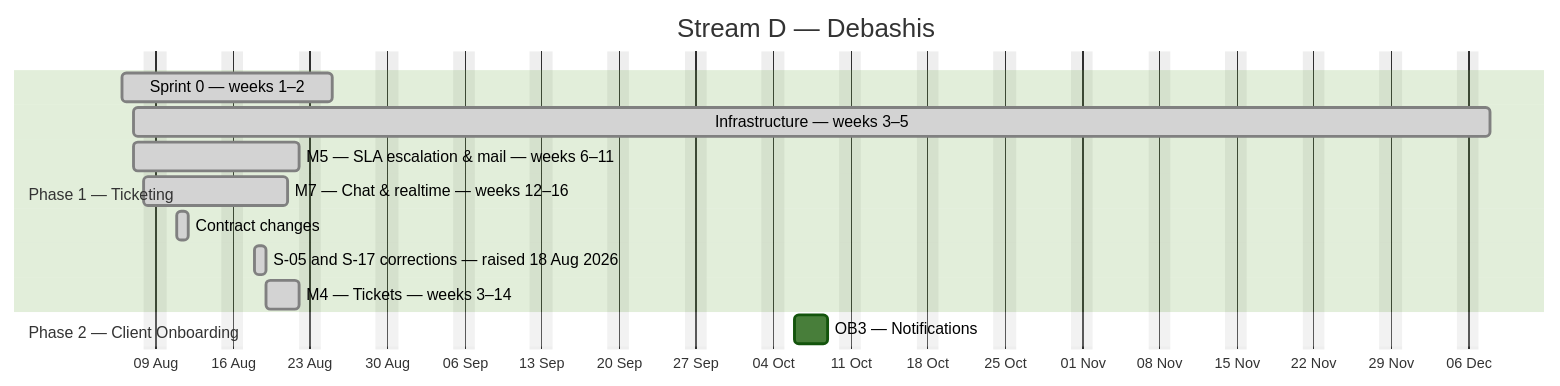
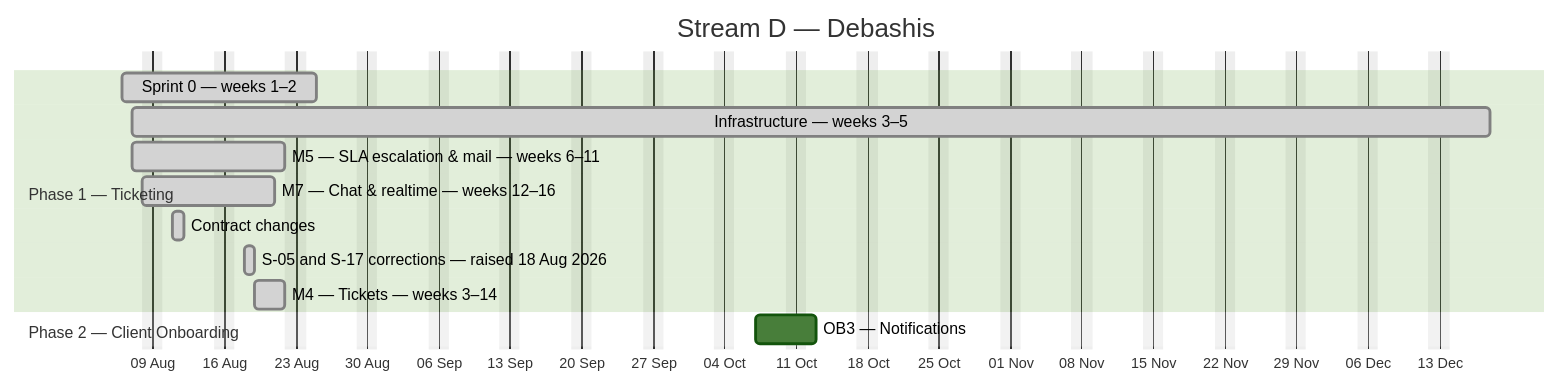
Before and after one commit to debashisedunext/EduTrack: the fourth of 4 diagrams in docs/plan/GANTT.md, drawn with Mermaid (forest theme). The commit also changed other lines of this file and 7 other files, not shown here.

````diff
--- a/docs/plan/GANTT.md
+++ b/docs/plan/GANTT.md
@@ -201,17 +204,17 @@
 ```mermaid
 gantt
     dateFormat YYYY-MM-DD
     axisFormat %d %b
     title Stream D — Debashis
     excludes weekends
     section Phase 1 — Ticketing
     Sprint 0 — weeks 1–2 :done, d0, 2026-08-06, 13d
-    Infrastructure — weeks 3–5 :done, d1, 2026-08-07, 87d
+    Infrastructure — weeks 3–5 :done, d1, 2026-08-07, 95d
     M5 — SLA  escalation & mail — weeks 6–11 :done, d2, 2026-08-07, 11d
     M7 — Chat & realtime — weeks 12–16 :done, d3, 2026-08-08, 10d
     Contract changes :done, d4, 2026-08-11, 1d
     S-05 and S-17 corrections — raised 18 Aug 2026 :done, d5, 2026-08-18, 1d
     M4 — Tickets — weeks 3–14 :done, d6, 2026-08-19, 3d
     section Phase 2 — Client Onboarding
-    OB3 — Notifications :d7, 2026-10-06, 3d
+    OB3 — Notifications :d7, 2026-10-07, 4d
 ```
````
